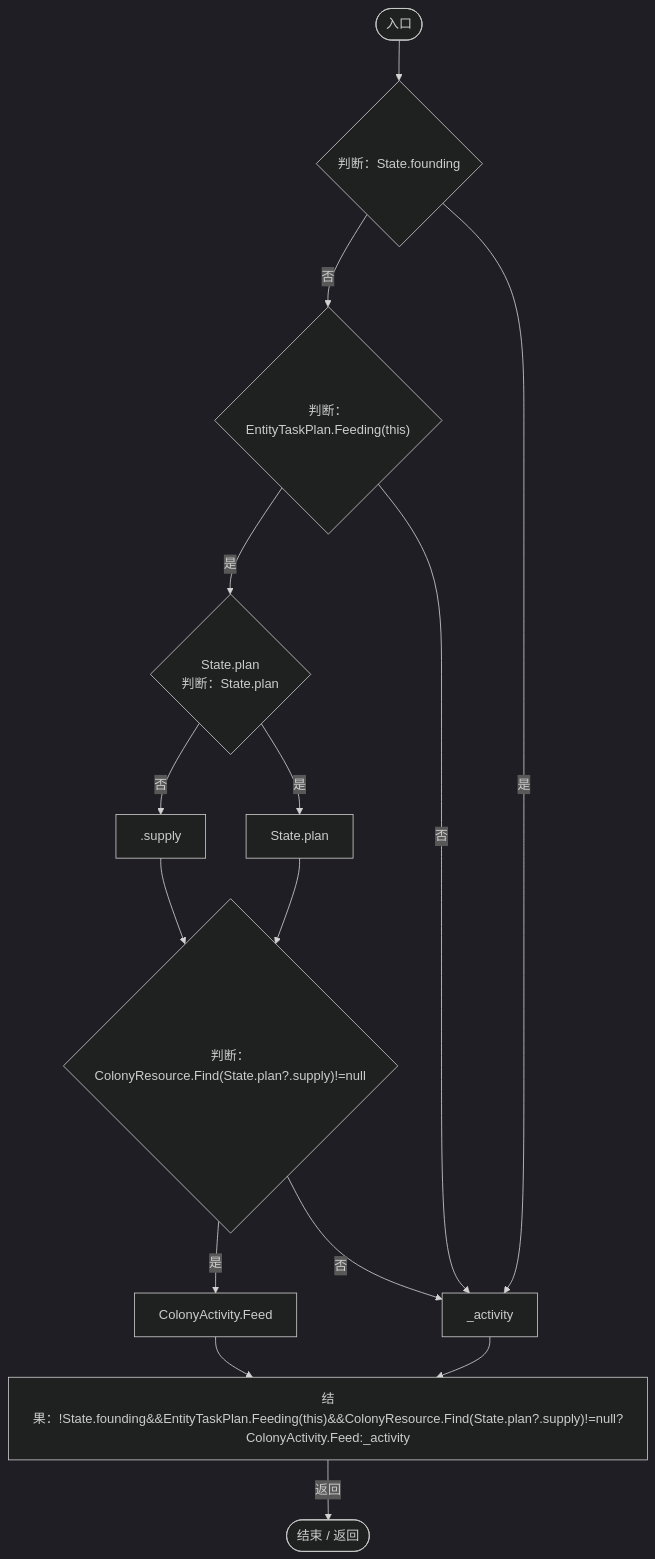
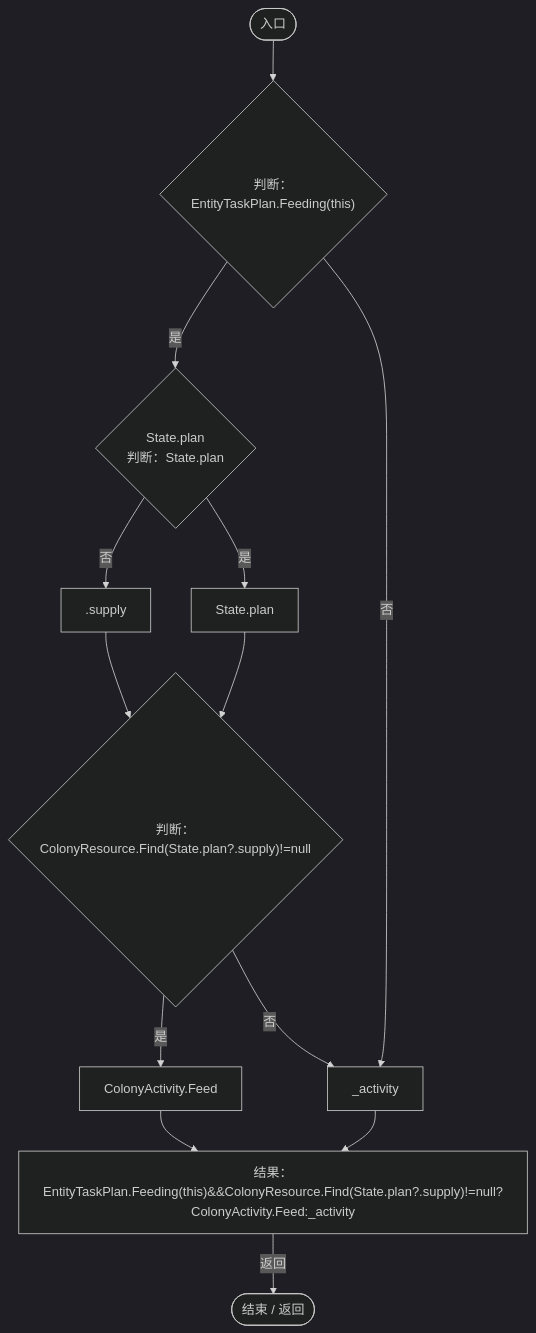
Before and after one commit to xhs6666/Darwin_paradise: diagram 24 of 55 in Docs/运行流程图/脚本/baebd85c05598377.md, drawn with Mermaid (dark theme). The commit also changed other lines of this file and 114 other files, not shown here.

````diff
--- a/Docs/运行流程图/脚本/baebd85c05598377.md
+++ b/Docs/运行流程图/脚本/baebd85c05598377.md
@@ -554,29 +554,26 @@
 ```mermaid
 flowchart TD
   b0(["入口"])
-  b1{"判断：State.founding"}
-  b2{"判断：EntityTaskPlan.Feeding(this)"}
-  b3{"State.plan<br/>判断：State.plan"}
-  b4[".supply"]
-  b5["State.plan"]
-  b6{"判断：ColonyResource.Find(State.plan?.supply)!=null"}
-  b7["ColonyActivity.Feed"]
-  b8["_activity"]
-  b9["结果：!State.founding&amp;&amp;EntityTaskPlan.Feeding(this)&amp;&amp;ColonyResource.Find(State.plan?.supply)!=null?ColonyActivity.Feed:_activity"]
-  b10(["结束 / 返回"])
+  b1{"判断：EntityTaskPlan.Feeding(this)"}
+  b2{"State.plan<br/>判断：State.plan"}
+  b3[".supply"]
+  b4["State.plan"]
+  b5{"判断：ColonyResource.Find(State.plan?.supply)!=null"}
+  b6["ColonyActivity.Feed"]
+  b7["_activity"]
+  b8["结果：EntityTaskPlan.Feeding(this)&amp;&amp;ColonyResource.Find(State.plan?.supply)!=null?ColonyActivity.Feed:_activity"]
+  b9(["结束 / 返回"])
   b0 --> b1
-  b1 -->|"否"| b2
-  b1 -->|"是"| b8
-  b2 -->|"是"| b3
-  b2 -->|"否"| b8
-  b3 -->|"否"| b4
-  b3 -->|"是"| b5
-  b4 --> b6
-  b5 --> b6
-  b6 -->|"是"| b7
-  b6 -->|"否"| b8
-  b7 --> b9
-  b8 --> b9
-  b9 -->|"返回"| b10
+  b1 -->|"是"| b2
+  b1 -->|"否"| b7
+  b2 -->|"否"| b3
+  b2 -->|"是"| b4
+  b3 --> b5
+  b4 --> b5
+  b5 -->|"是"| b6
+  b5 -->|"否"| b7
+  b6 --> b8
+  b7 --> b8
+  b8 -->|"返回"| b9
 
 ```
````
